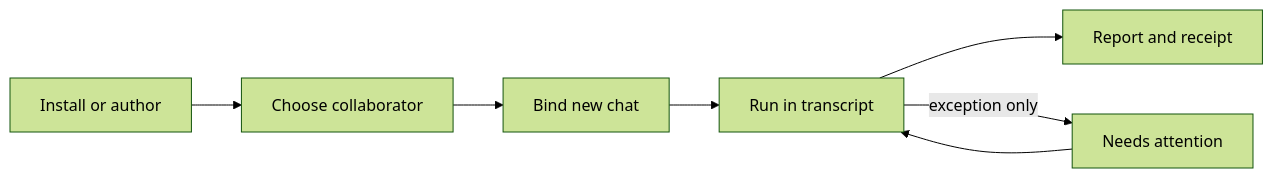
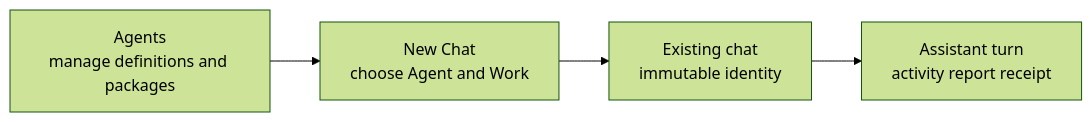
The diagram in docs/pr-evidence/agent-ux-target/agent-ux-spec.md (haowjy/meridian), drawn with Mermaid (forest theme) before and after one commit. The commit also changed other lines of this file and 30 other files, not shown here.

Commit message:
docs: replace agent UX target with quiet management flow

````diff
--- a/docs/pr-evidence/agent-ux-target/agent-ux-spec.md
+++ b/docs/pr-evidence/agent-ux-target/agent-ux-spec.md
@@ -13,9 +11,10 @@
 ```mermaid
 flowchart LR
-    C[Choose collaborator] --> B[Bind new chat]
-    B --> R[Run in transcript]
-    R --> P[Report and receipt]
-    I[Install or author] --> C
-    R -->|exception only| A[Needs attention]
-    A --> R
+    M[Agents
+manage definitions and packages] --> N[New Chat
+choose Agent and Work]
+    N --> C[Existing chat
+immutable identity]
+    C --> T[Assistant turn
+activity report receipt]
 ```
````
